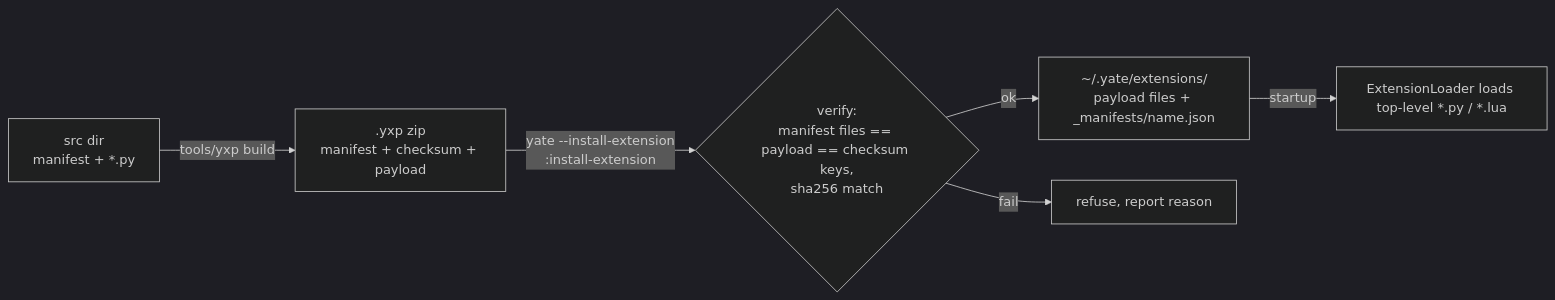
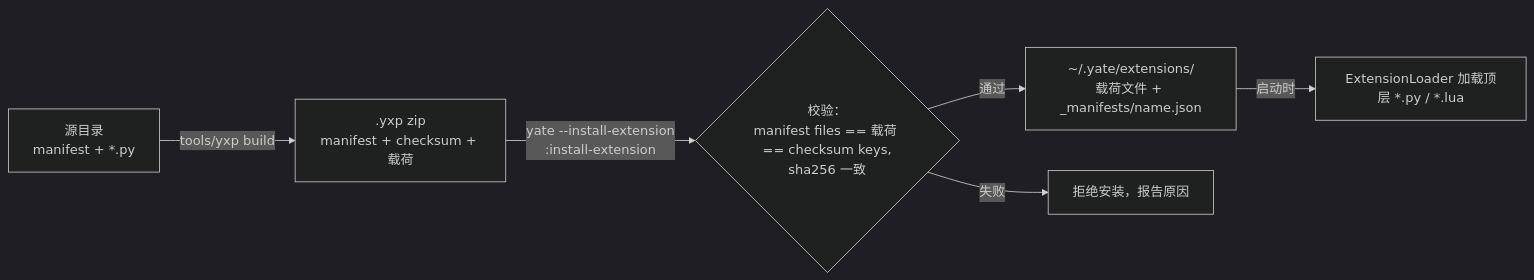
Before and after one commit to BigThxBrigde/yate: the first of 2 diagrams in .trae/documents/yxp-package-plan.md, drawn with Mermaid (dark theme). The commit also changed other lines of this file, not shown here.

First line of the commit message:
docs(plans): rewrite the yxp package plan in Chinese

````diff
--- a/.trae/documents/yxp-package-plan.md
+++ b/.trae/documents/yxp-package-plan.md
@@ -112,8 +104,8 @@
 ```mermaid
 flowchart LR
-    A["src dir<br/>manifest + *.py"] -->|"tools/yxp build"| B[".yxp zip<br/>manifest + checksum + payload"]
-    B -->|"yate --install-extension<br/>:install-extension"| C{"verify:<br/>manifest files == payload == checksum keys,<br/>sha256 match"}
-    C -->|ok| D["~/.yate/extensions/<br/>payload files + _manifests/name.json"]
-    C -->|fail| E["refuse, report reason"]
-    D -->|startup| F["ExtensionLoader loads top-level *.py / *.lua"]
+    A["源目录<br/>manifest + *.py"] -->|"tools/yxp build"| B[".yxp zip<br/>manifest + checksum + 载荷"]
+    B -->|"yate --install-extension<br/>:install-extension"| C{"校验：<br/>manifest files == 载荷 == checksum keys,<br/>sha256 一致"}
+    C -->|通过| D["~/.yate/extensions/<br/>载荷文件 + _manifests/name.json"]
+    C -->|失败| E["拒绝安装，报告原因"]
+    D -->|启动时| F["ExtensionLoader 加载顶层 *.py / *.lua"]
 ```
````
